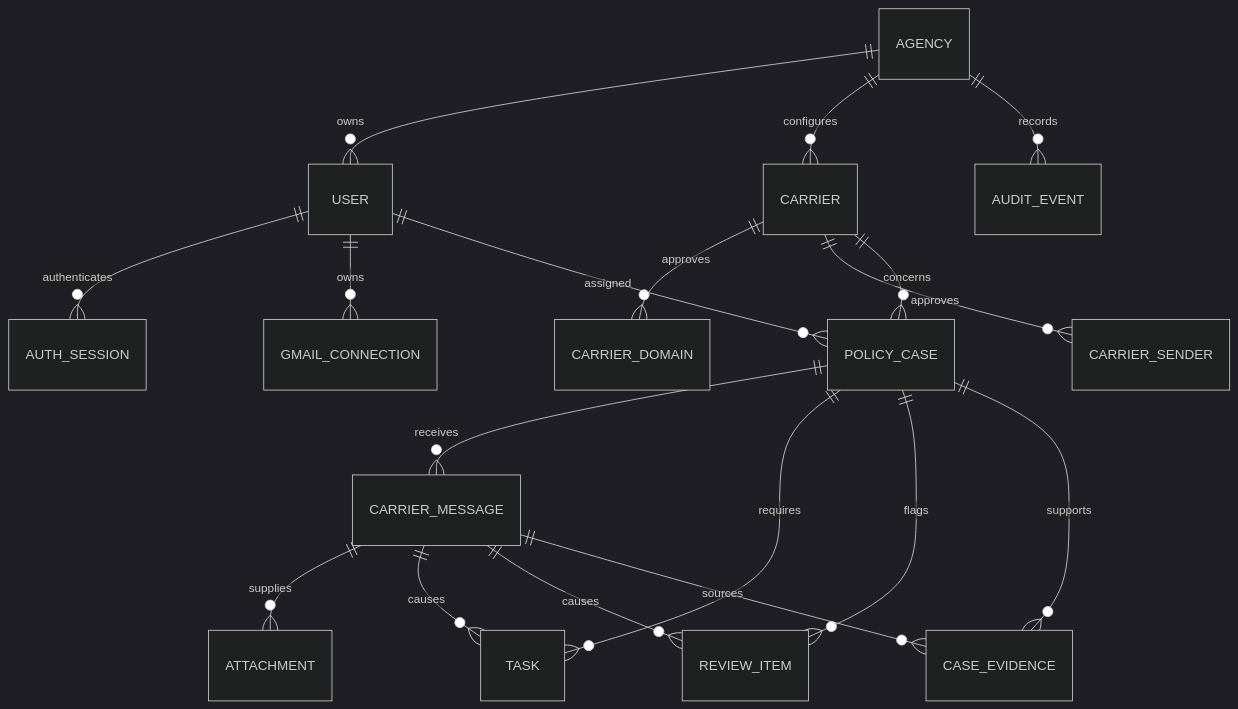
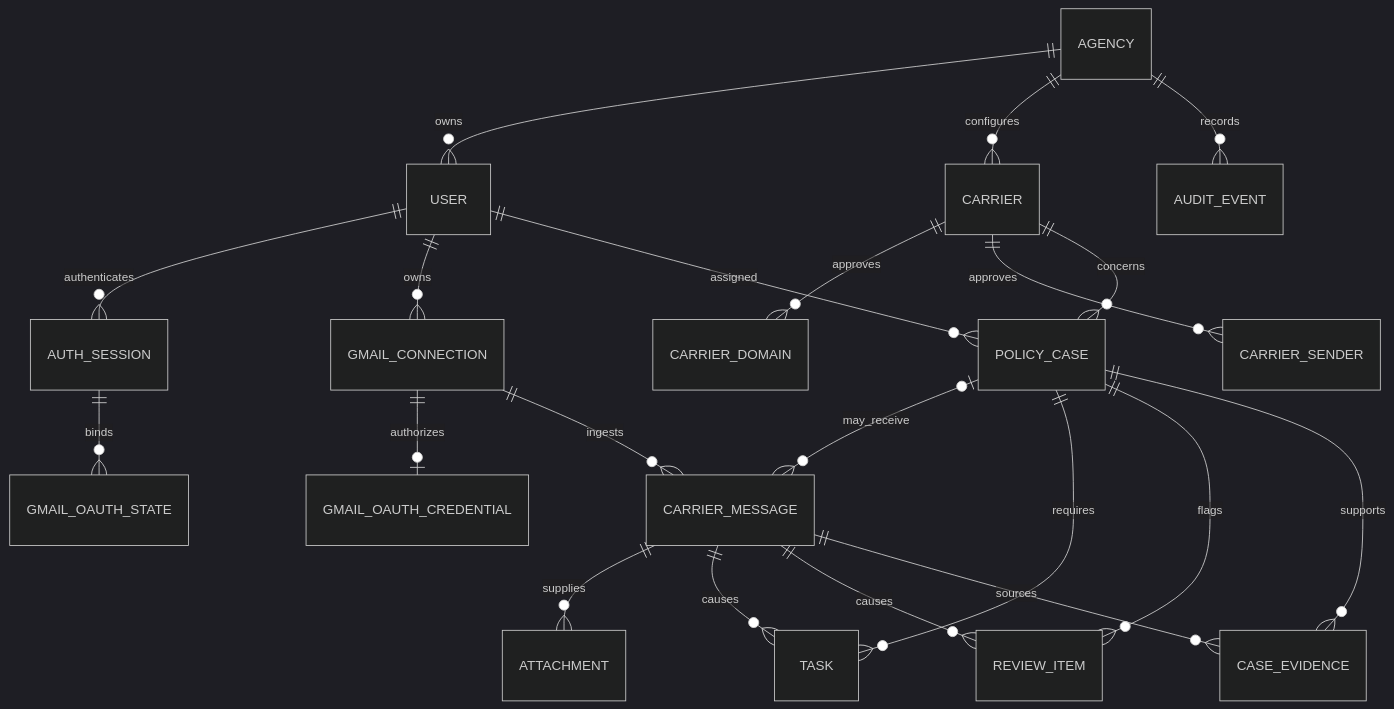
One commit to erireqica/carrier-intelligence-hub changed the diagram in docs/data-model.md. Above: the diagram before and after it, drawn with Mermaid (dark theme). The commit also changed other lines of this file and 41 other files, not shown here.

Commit message:
feat: add Gmail OAuth and ingestion

````diff
--- a/docs/data-model.md
+++ b/docs/data-model.md
@@ -26,20 +28,23 @@
 ```mermaid
 erDiagram
     AGENCY ||--o{ USER : owns
     USER ||--o{ AUTH_SESSION : authenticates
     AGENCY ||--o{ CARRIER : configures
     CARRIER ||--o{ CARRIER_DOMAIN : approves
     CARRIER ||--o{ CARRIER_SENDER : approves
     USER ||--o{ GMAIL_CONNECTION : owns
+    GMAIL_CONNECTION ||--o| GMAIL_OAUTH_CREDENTIAL : authorizes
+    AUTH_SESSION ||--o{ GMAIL_OAUTH_STATE : binds
     CARRIER ||--o{ POLICY_CASE : concerns
     USER ||--o{ POLICY_CASE : assigned
-    POLICY_CASE ||--o{ CARRIER_MESSAGE : receives
+    POLICY_CASE o|--o{ CARRIER_MESSAGE : may_receive
+    GMAIL_CONNECTION ||--o{ CARRIER_MESSAGE : ingests
     CARRIER_MESSAGE ||--o{ ATTACHMENT : supplies
     POLICY_CASE ||--o{ TASK : requires
     CARRIER_MESSAGE ||--o{ TASK : causes
     POLICY_CASE ||--o{ REVIEW_ITEM : flags
     CARRIER_MESSAGE ||--o{ REVIEW_ITEM : causes
     POLICY_CASE ||--o{ CASE_EVIDENCE : supports
     CARRIER_MESSAGE ||--o{ CASE_EVIDENCE : sources
     AGENCY ||--o{ AUDIT_EVENT : records
 ```
````
